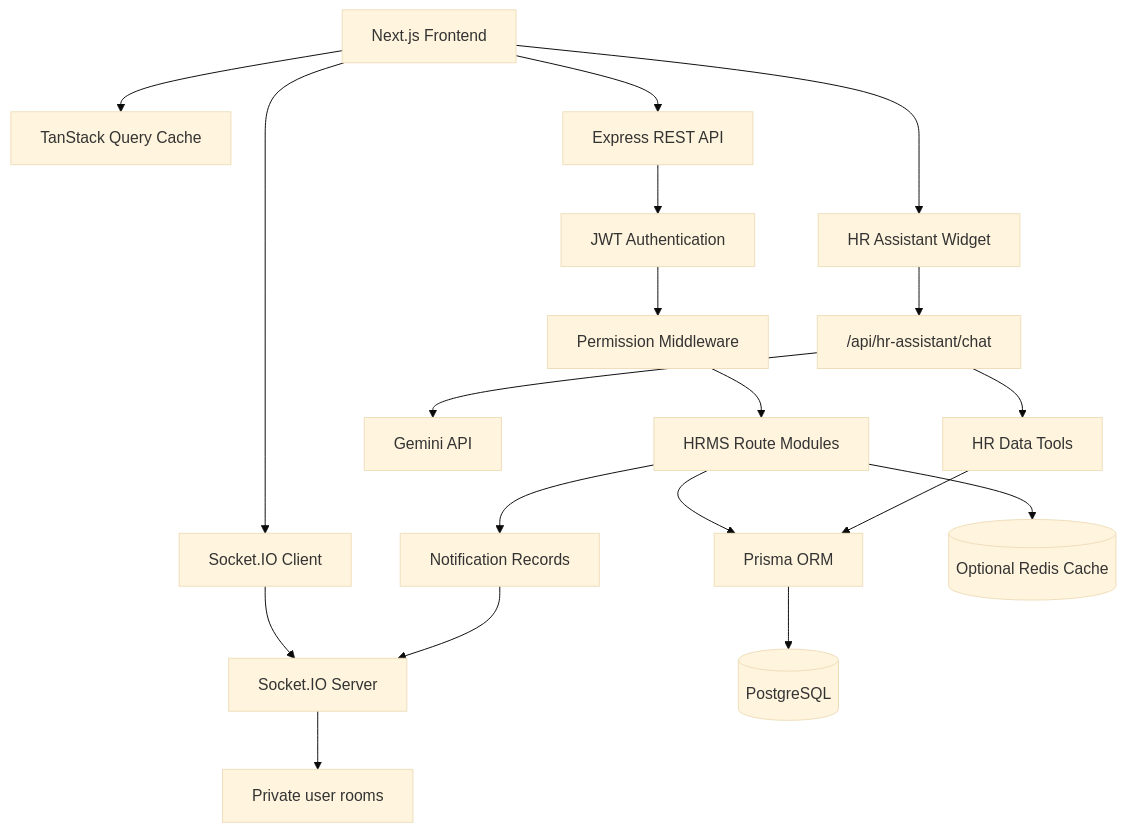
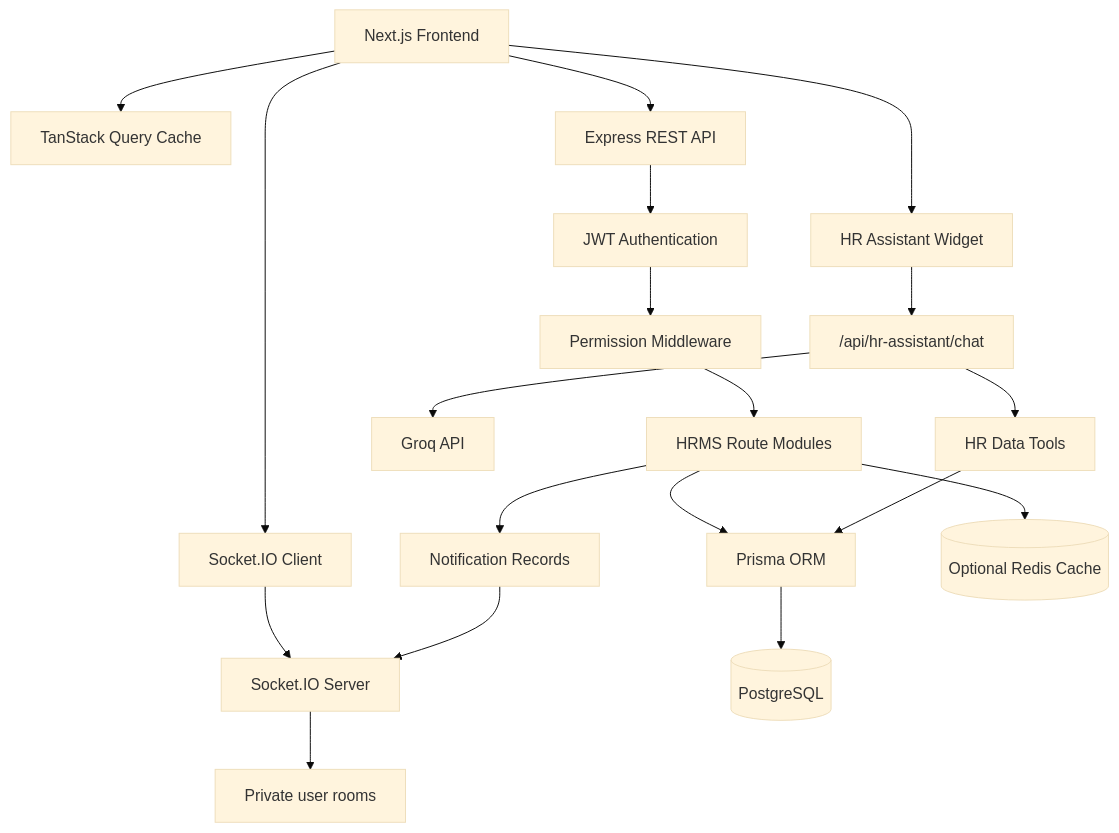
Before and after one commit to learninghub44/chris-tech-hrms: the diagram in plan.md, drawn with Mermaid (base theme). The commit also changed other lines of this file and 5 other files, not shown here.

Commit message:
hr-assistant: switch AI provider from Gemini to Groq, scope by companyId (Phase 4 complete)

````diff
--- a/plan.md
+++ b/plan.md
@@ -61,27 +61,27 @@
 ```mermaid
 flowchart TD
     Web["Next.js Frontend"] --> Query["TanStack Query Cache"]
     Web --> Api["Express REST API"]
     Web --> Socket["Socket.IO Client"]
     Web --> Assistant["HR Assistant Widget"]
 
     Api --> Auth["JWT Authentication"]
     Auth --> RBAC["Permission Middleware"]
     RBAC --> Modules["HRMS Route Modules"]
 
     Socket --> SocketServer["Socket.IO Server"]
     SocketServer --> Rooms["Private user rooms"]
 
     Assistant --> AssistantApi["/api/hr-assistant/chat"]
-    AssistantApi --> Gemini["Gemini API"]
+    AssistantApi --> Groq["Groq API"]
     AssistantApi --> Tools["HR Data Tools"]
 
     Modules --> Prisma["Prisma ORM"]
     Tools --> Prisma
     Prisma --> Postgres[("PostgreSQL")]
 
     Modules --> Notify["Notification Records"]
     Notify --> SocketServer
 
     Modules --> Redis[("Optional Redis Cache")]
 ```
````
